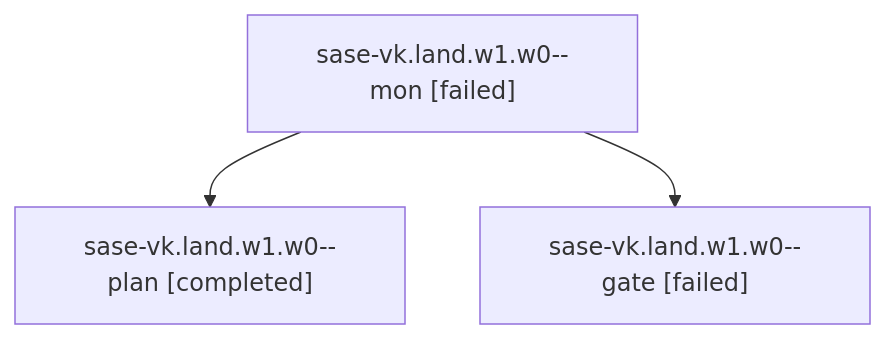
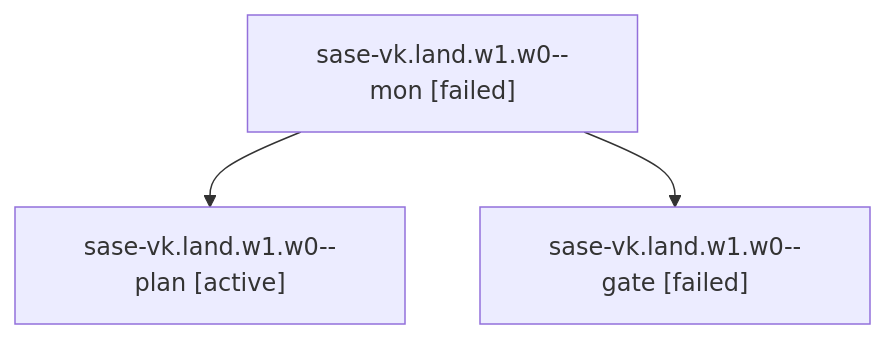
The diagram in families/bbugyi200.athena.sase-vk.land.w1.w0.md (sase-org/sase--agents), drawn with Mermaid before and after one commit. The commit also changed other lines of this file and 35830 other files, not shown here.

````diff
--- a/families/bbugyi200.athena.sase-vk.land.w1.w0.md
+++ b/families/bbugyi200.athena.sase-vk.land.w1.w0.md
@@ -9,8 +9,8 @@
 ```mermaid
 flowchart TD
   n0["sase-vk.land.w1.w0--mon [failed]"]
-  n1["sase-vk.land.w1.w0--plan [completed]"]
+  n1["sase-vk.land.w1.w0--plan [active]"]
   n0 --> n1
   n2["sase-vk.land.w1.w0--gate [failed]"]
   n0 --> n2
 ```
````
